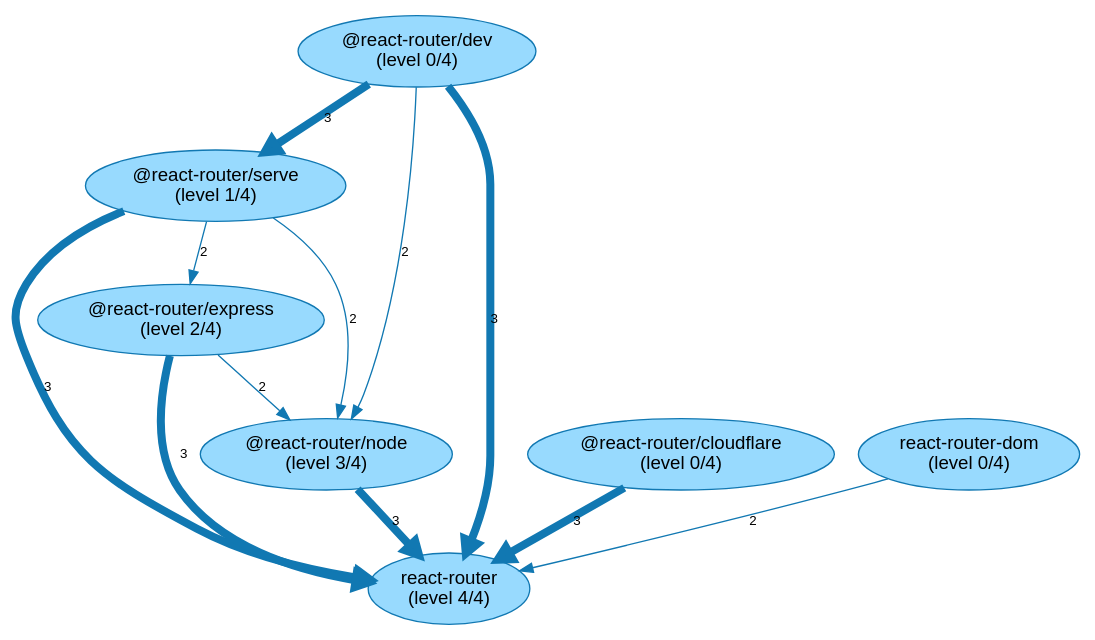
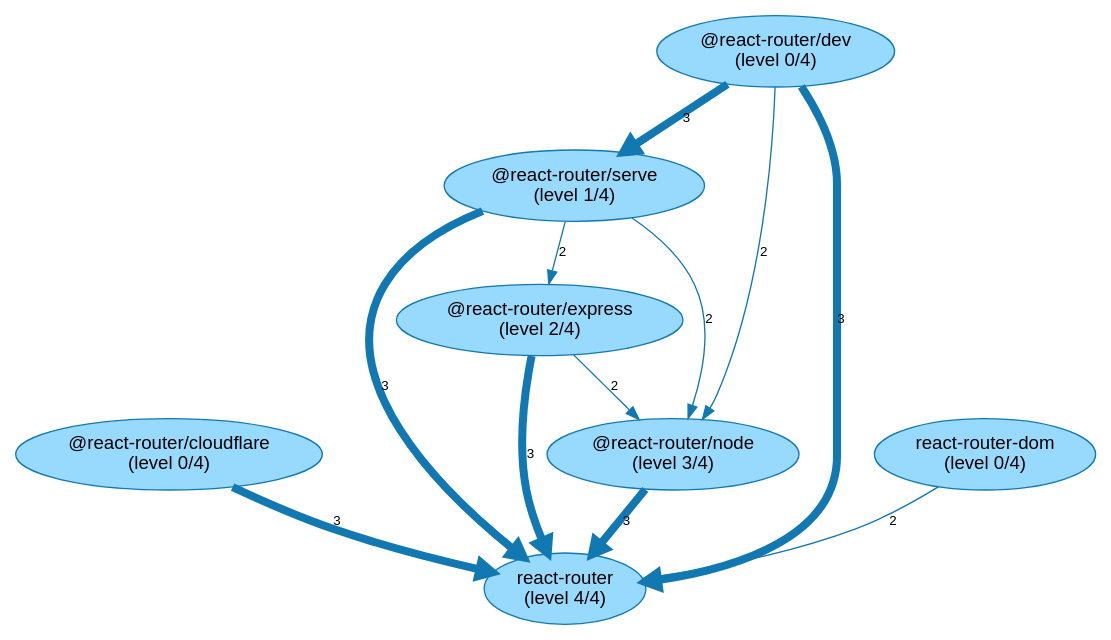
One commit to JohT/code-graph-analysis-examples changed the diagram in analysis-results/react-router/latest/internal-dependencies/NPM_NonDevPackage/Graph_Visualizations/NpmPackageBuildLevels.gv. Above: the diagram before and after it, drawn with Graphviz. The commit also changed other lines of this file and 351 other files, not shown here.

```diff
--- a/analysis-results/react-router/latest/internal-dependencies/NPM_NonDevPackage/Graph_Visualizations/NpmPackageBuildLevels.gv
+++ b/analysis-results/react-router/latest/internal-dependencies/NPM_NonDevPackage/Graph_Visualizations/NpmPackageBuildLevels.gv
@@ -1,21 +1,21 @@
 // This GraphViz dot file was generated by the script convertQueryResultCsvToGraphVizDotFile.sh with default.template
 
 strict digraph NpmPackageBuildLevels {
     fontname = "Helvetica,Arial,sans-serif";
     node [fontname = "Helvetica,Arial,sans-serif";];
     edge [fontname = "Helvetica,Arial,sans-serif"; fontsize = 10;];
     node [style = filled; fillcolor = "0.560 0.400 0.999";];
     node [color = "0.560 0.900 0.700";];
     edge [color = "0.560 0.900 0.700";];
+	"@react-router/cloudflare\n(level 0/4)" -> "react-router\n(level 4/4)" [label = 3; penwidth = 6.0; ];
+	"@react-router/node\n(level 3/4)" -> "react-router\n(level 4/4)" [label = 3; penwidth = 6.0; ];
 	"@react-router/serve\n(level 1/4)" -> "react-router\n(level 4/4)" [label = 3; penwidth = 6.0; ];
-	"@react-router/node\n(level 3/4)" -> "react-router\n(level 4/4)" [label = 3; penwidth = 6.0; ];
+	"@react-router/express\n(level 2/4)" -> "react-router\n(level 4/4)" [label = 3; penwidth = 6.0; ];
 	"@react-router/dev\n(level 0/4)" -> "react-router\n(level 4/4)" [label = 3; penwidth = 6.0; ];
-	"@react-router/express\n(level 2/4)" -> "react-router\n(level 4/4)" [label = 3; penwidth = 6.0; ];
-	"@react-router/cloudflare\n(level 0/4)" -> "react-router\n(level 4/4)" [label = 3; penwidth = 6.0; ];
 	"@react-router/dev\n(level 0/4)" -> "@react-router/serve\n(level 1/4)" [label = 3; penwidth = 6.0; ];
 	"react-router-dom\n(level 0/4)" -> "react-router\n(level 4/4)" [label = 2; penwidth = 1.0; ];
 	"@react-router/dev\n(level 0/4)" -> "@react-router/node\n(level 3/4)" [label = 2; penwidth = 1.0; ];
 	"@react-router/express\n(level 2/4)" -> "@react-router/node\n(level 3/4)" [label = 2; penwidth = 1.0; ];
 	"@react-router/serve\n(level 1/4)" -> "@react-router/node\n(level 3/4)" [label = 2; penwidth = 1.0; ];
 	"@react-router/serve\n(level 1/4)" -> "@react-router/express\n(level 2/4)" [label = 2; penwidth = 1.0; ];
 }
```
